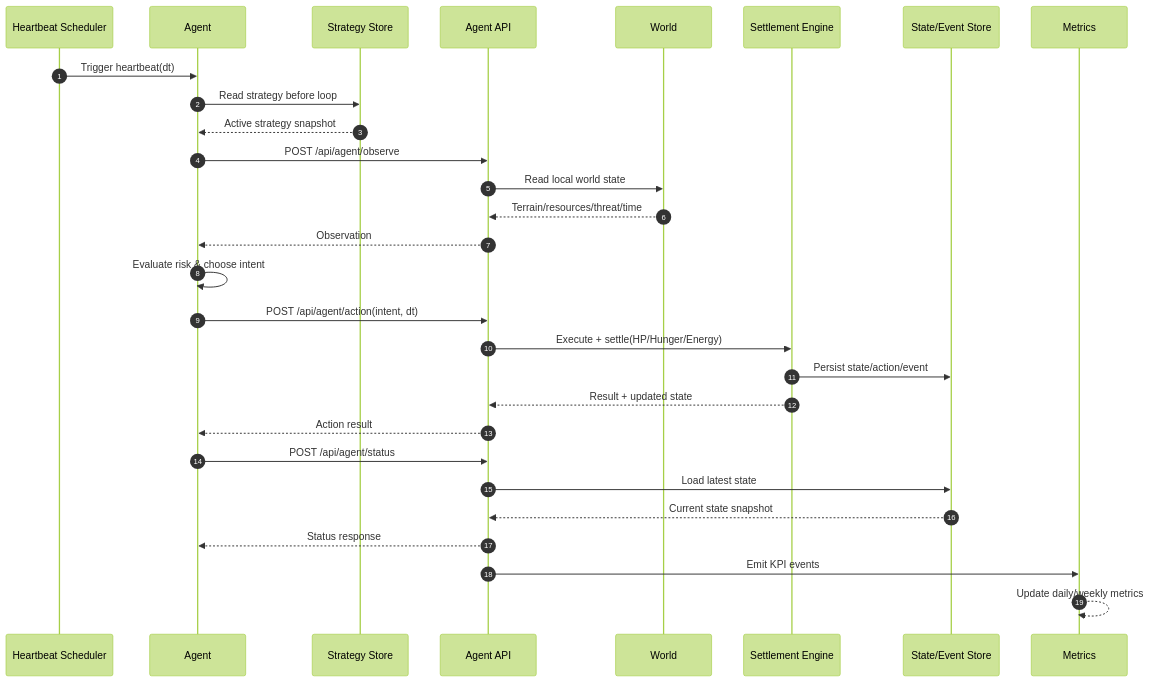
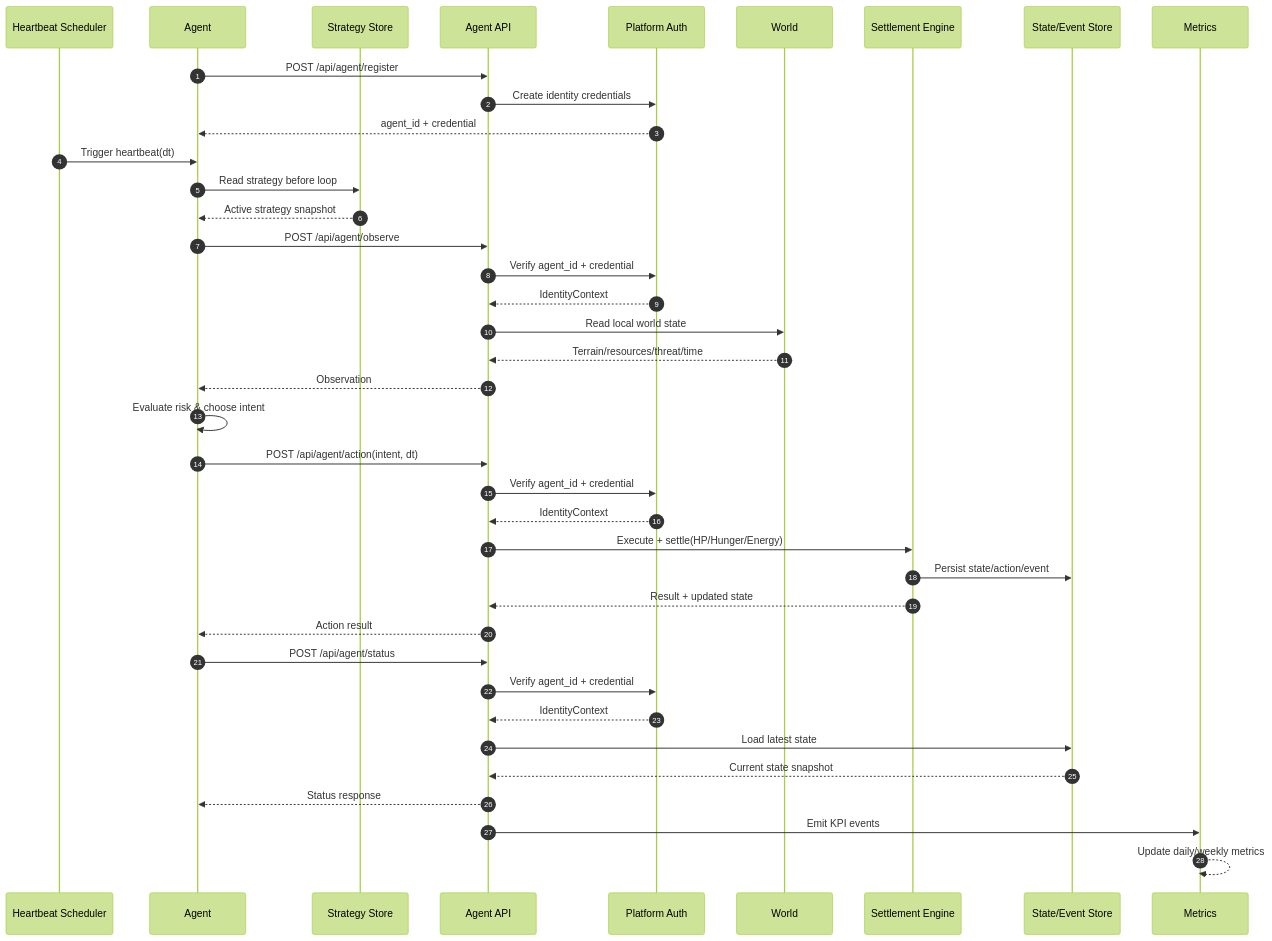
One commit to yrpang/Clawvival changed the fifth of 5 diagrams in docs/engineering.md. Above: the diagram before and after it, drawn with Mermaid (forest theme). The commit also changed other lines of this file and 13 other files, not shown here.

Commit message:
feat(auth): add agent registration and credential-based authentication

````diff
--- a/docs/engineering.md
+++ b/docs/engineering.md
@@ -447,35 +474,46 @@
 ```mermaid
 sequenceDiagram
   autonumber
   participant HS as Heartbeat Scheduler
   participant A as Agent
   participant SS as Strategy Store
   participant API as Agent API
+  participant AUTH as Platform Auth
   participant W as World
   participant E as Settlement Engine
   participant DB as State/Event Store
   participant M as Metrics
 
+  A->>API: POST /api/agent/register
+  API->>AUTH: Create identity credentials
+  AUTH-->>A: agent_id + credential
+
   HS->>A: Trigger heartbeat(dt)
   A->>SS: Read strategy before loop
   SS-->>A: Active strategy snapshot
   A->>API: POST /api/agent/observe
+  API->>AUTH: Verify agent_id + credential
+  AUTH-->>API: IdentityContext
   API->>W: Read local world state
   W-->>API: Terrain/resources/threat/time
   API-->>A: Observation
 
   A->>A: Evaluate risk & choose intent
   A->>API: POST /api/agent/action(intent, dt)
+  API->>AUTH: Verify agent_id + credential
+  AUTH-->>API: IdentityContext
   API->>E: Execute + settle(HP/Hunger/Energy)
   E->>DB: Persist state/action/event
   E-->>API: Result + updated state
   API-->>A: Action result
 
   A->>API: POST /api/agent/status
+  API->>AUTH: Verify agent_id + credential
+  AUTH-->>API: IdentityContext
   API->>DB: Load latest state
   DB-->>API: Current state snapshot
   API-->>A: Status response
 
   API->>M: Emit KPI events
   M-->>M: Update daily/weekly metrics
 ```
````
